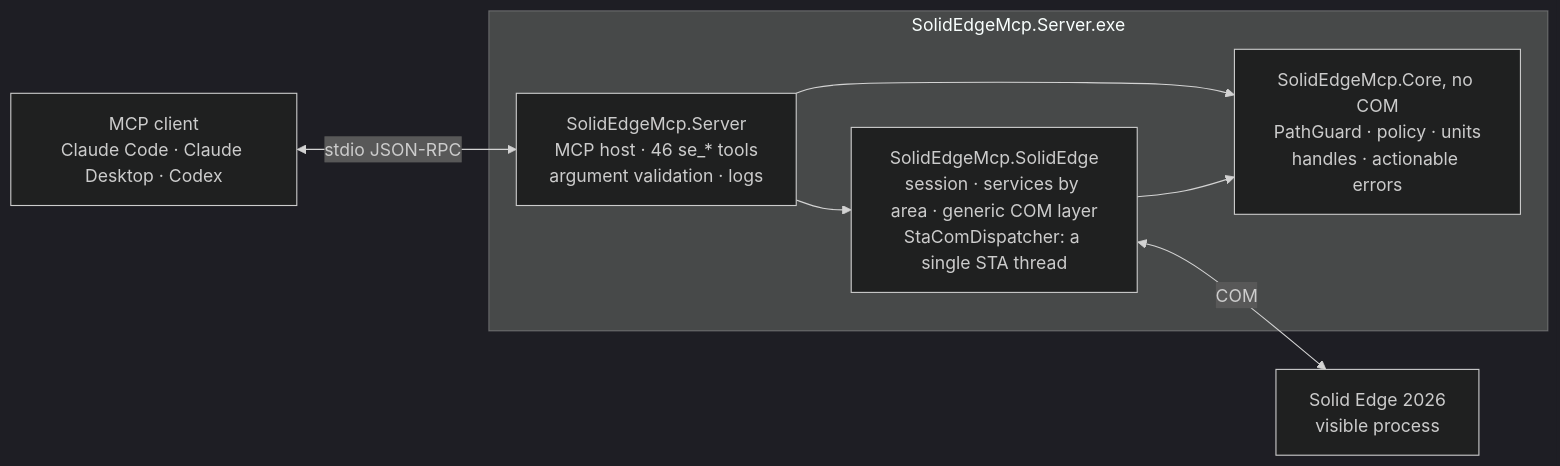
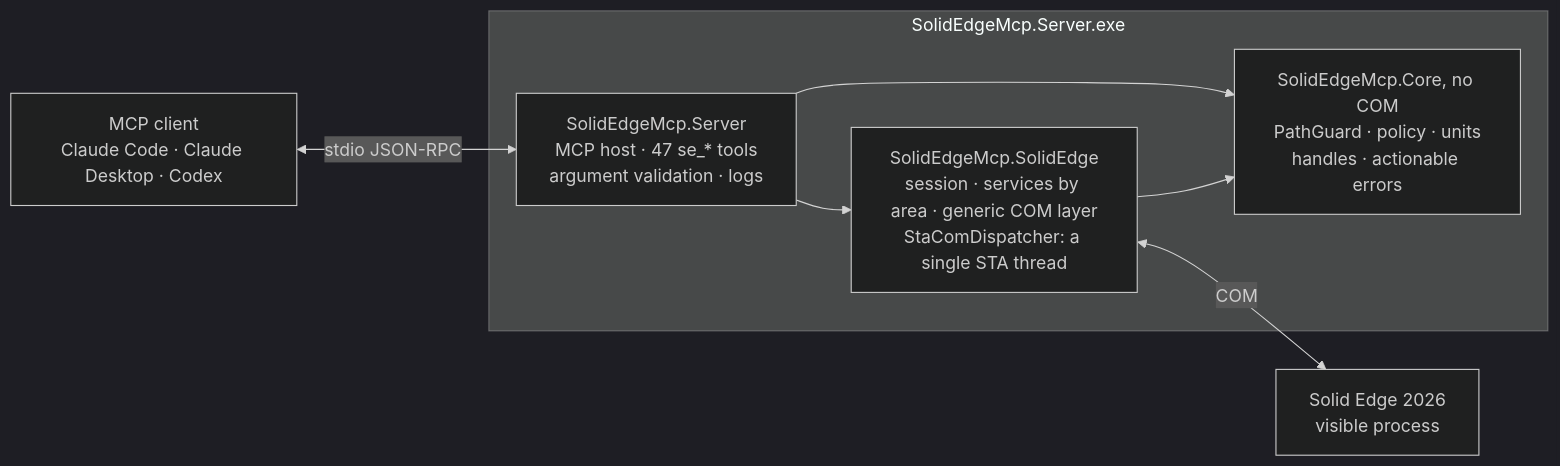
One commit to gabichuuuuu/solid-edge-mcp changed the diagram in README.md. Above: the diagram before and after it, drawn with Mermaid (dark theme). The commit also changed other lines of this file and 7 other files, not shown here.

````diff
--- a/README.md
+++ b/README.md
@@ -143,18 +144,18 @@
 ```mermaid
 flowchart LR
     client["MCP client<br/>Claude Code · Claude Desktop · Codex"]
 
     subgraph exe ["SolidEdgeMcp.Server.exe"]
-        server["SolidEdgeMcp.Server<br/>MCP host · 46 se_* tools<br/>argument validation · logs"]
+        server["SolidEdgeMcp.Server<br/>MCP host · 47 se_* tools<br/>argument validation · logs"]
         se["SolidEdgeMcp.SolidEdge<br/>session · services by area · generic COM layer<br/>StaComDispatcher: a single STA thread"]
         core["SolidEdgeMcp.Core, no COM<br/>PathGuard · policy · units<br/>handles · actionable errors"]
         server --> se
         server --> core
         se --> core
     end
 
     app["Solid Edge 2026<br/>visible process"]
 
     client <-->|stdio JSON-RPC| server
     se <-->|COM| app
 ```
````
